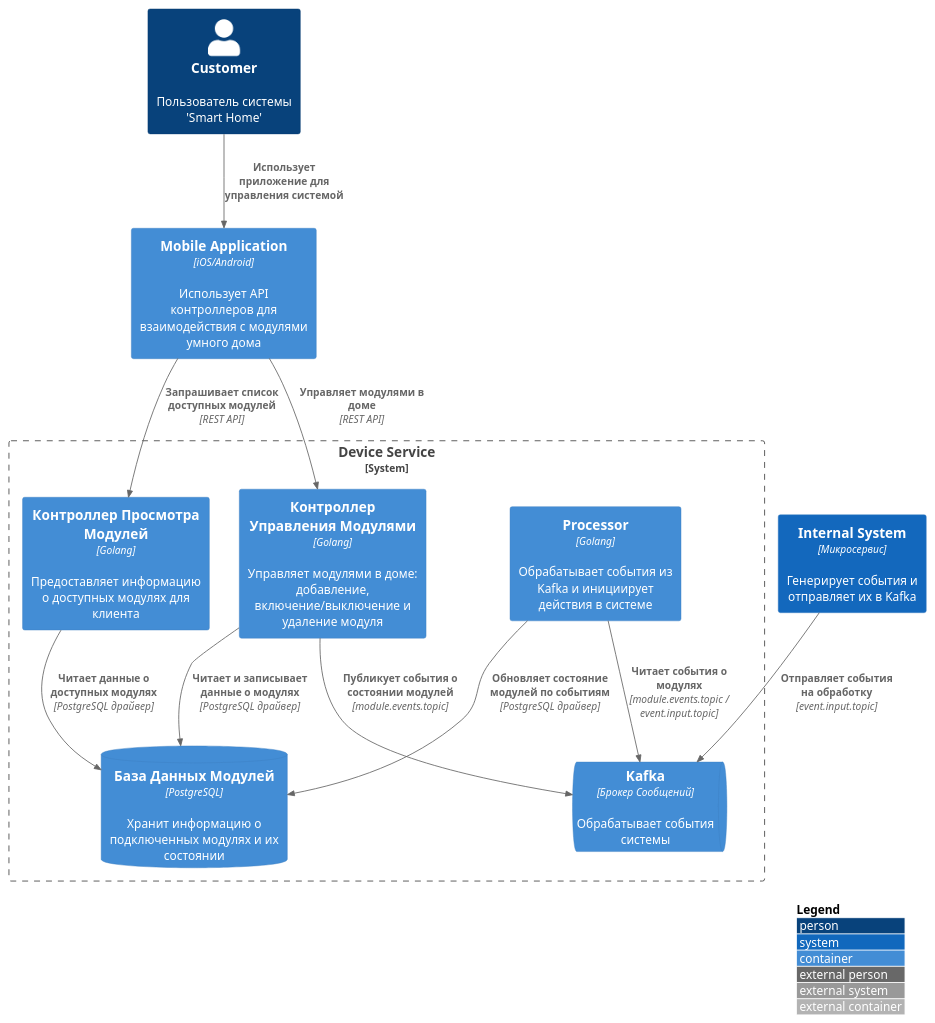
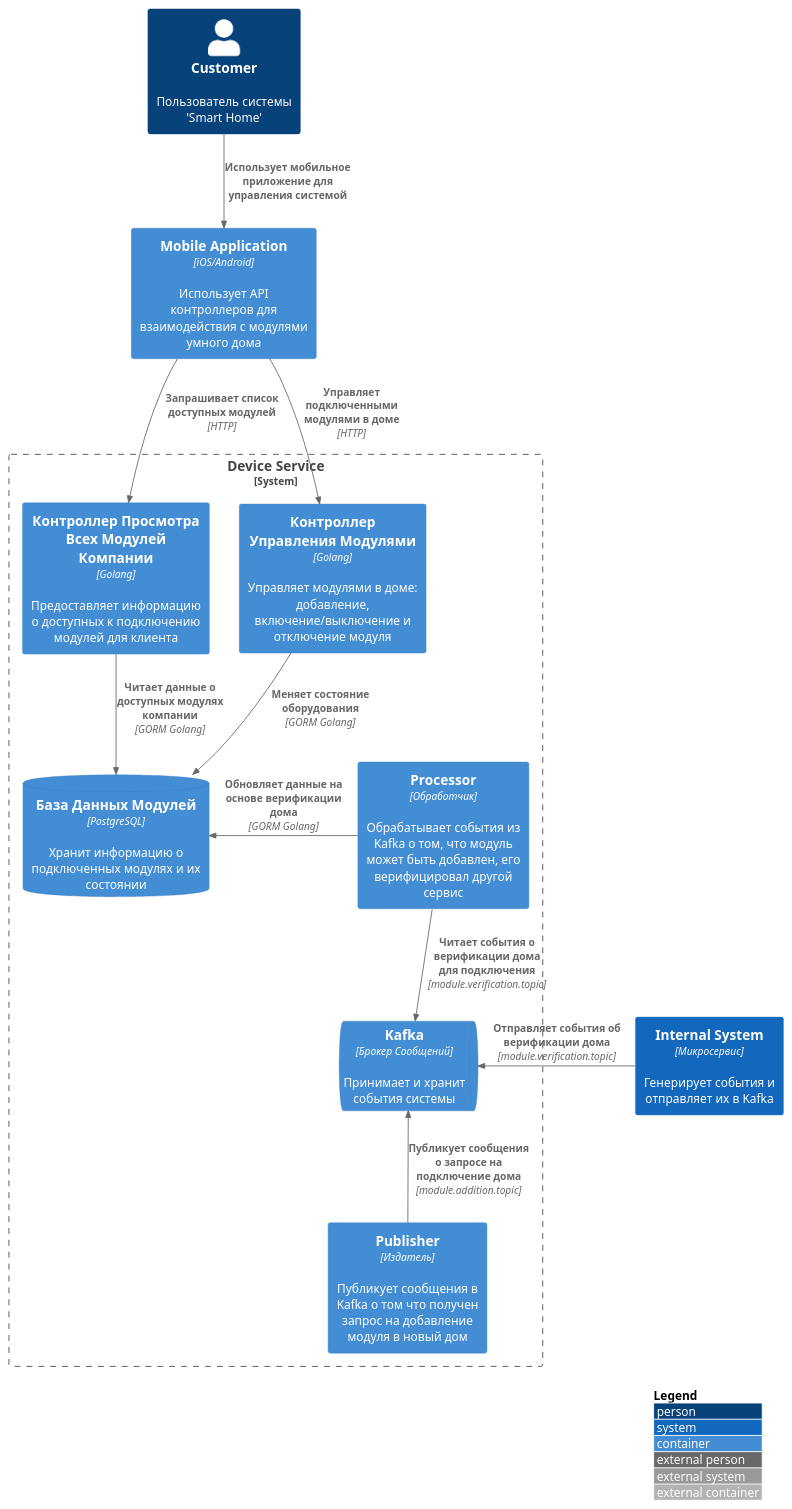
Before and after one commit to baydinvladislav/architecture-sprint-3: the diagram in smart-home-monolith/diagrams/component/Component_CleverVillageSystem_DeviceService.puml, drawn with PlantUML.

Commit message:
improve description

```diff
--- a/smart-home-monolith/diagrams/component/Component_CleverVillageSystem_DeviceService.puml
+++ b/smart-home-monolith/diagrams/component/Component_CleverVillageSystem_DeviceService.puml
@@ -1,31 +1,32 @@
 @startuml
 !include <C4/C4_Container>
 
 LAYOUT_WITH_LEGEND()
 
 Person(user, "Customer", "Пользователь системы 'Smart Home'")
 Container(app_client, "Mobile Application", "iOS/Android", "Использует API контроллеров для взаимодействия с модулями умного дома")
 Container(internal_system, "Internal System", "Микросервис", "Генерирует события и отправляет их в Kafka") #1368bd
 
 System_Boundary(b_system, "Device Service") {
-    Container(controller_modules_view, "Контроллер Просмотра Модулей", "Golang", "Предоставляет информацию о доступных модулях для клиента")
-    Container(controller_module_management, "Контроллер Управления Модулями", "Golang", "Управляет модулями в доме: добавление, включение/выключение и удаление модуля")
+    Container(controller_modules_view, "Контроллер Просмотра Всех Модулей Компании", "Golang", "Предоставляет информацию о доступных к подключению модулей для клиента")
+    Container(controller_module_management, "Контроллер Управления Модулями", "Golang", "Управляет модулями в доме: добавление, включение/выключение и отключение модуля")
 
-    Container(processor, "Processor", "Golang", "Обрабатывает события из Kafka и инициирует действия в системе")
+    Container(publisher, "Publisher", "Издатель", "Публикует сообщения в Kafka о том что получен запрос на добавление модуля в новый дом")
+    Container(processor, "Processor", "Обработчик", "Обрабатывает события из Kafka о том, что модуль может быть добавлен, его верифицировал другой сервис")
 
     ContainerDb(modules_db, "База Данных Модулей", "PostgreSQL", "Хранит информацию о подключенных модулях и их состоянии")
-    ContainerQueue(kafka_broker, "Kafka", "Брокер Сообщений", "Обрабатывает события системы")
+    ContainerQueue(kafka_broker, "Kafka", "Брокер Сообщений", "Принимает и хранит события системы")
 }
 
-Rel(app_client, controller_modules_view, "Запрашивает список доступных модулей", "REST API")
-Rel(app_client, controller_module_management, "Управляет модулями в доме", "REST API")
+Rel(app_client, controller_modules_view, "Запрашивает список доступных модулей", "HTTP")
+Rel(app_client, controller_module_management, "Управляет подключенными модулями в доме", "HTTP")
 
-Rel(user, app_client, "Использует приложение для управления системой")
-Rel(controller_modules_view, modules_db, "Читает данные о доступных модулях", "PostgreSQL драйвер")
-Rel(controller_module_management, modules_db, "Читает и записывает данные о модулях", "PostgreSQL драйвер")
-Rel(controller_module_management, kafka_broker, "Публикует события о состоянии модулей", "module.events.topic")
-Rel(internal_system, kafka_broker, "Отправляет события на обработку", "event.input.topic")
-Rel(processor, kafka_broker, "Читает события о модулях", "module.events.topic / event.input.topic")
-Rel(processor, modules_db, "Обновляет состояние модулей по событиям", "PostgreSQL драйвер")
+Rel(user, app_client, "Использует мобильное приложение для управления системой")
+Rel(controller_modules_view, modules_db, "Читает данные о доступных модулях компании", "GORM Golang")
+Rel(controller_module_management, modules_db, "Меняет состояние оборудования", "GORM Golang")
+Rel_L(internal_system, kafka_broker, "Отправляет события об верификации дома", "module.verification.topic")
+Rel_U(publisher, kafka_broker, "Публикует сообщения о запросе на подключение дома", "module.addition.topic")
+Rel(processor, kafka_broker, "Читает события о верификации дома для подключения", "module.verification.topic")
+Rel_L(processor, modules_db, "Обновляет данные на основе верификации дома", "GORM Golang")
 
 @enduml
```
